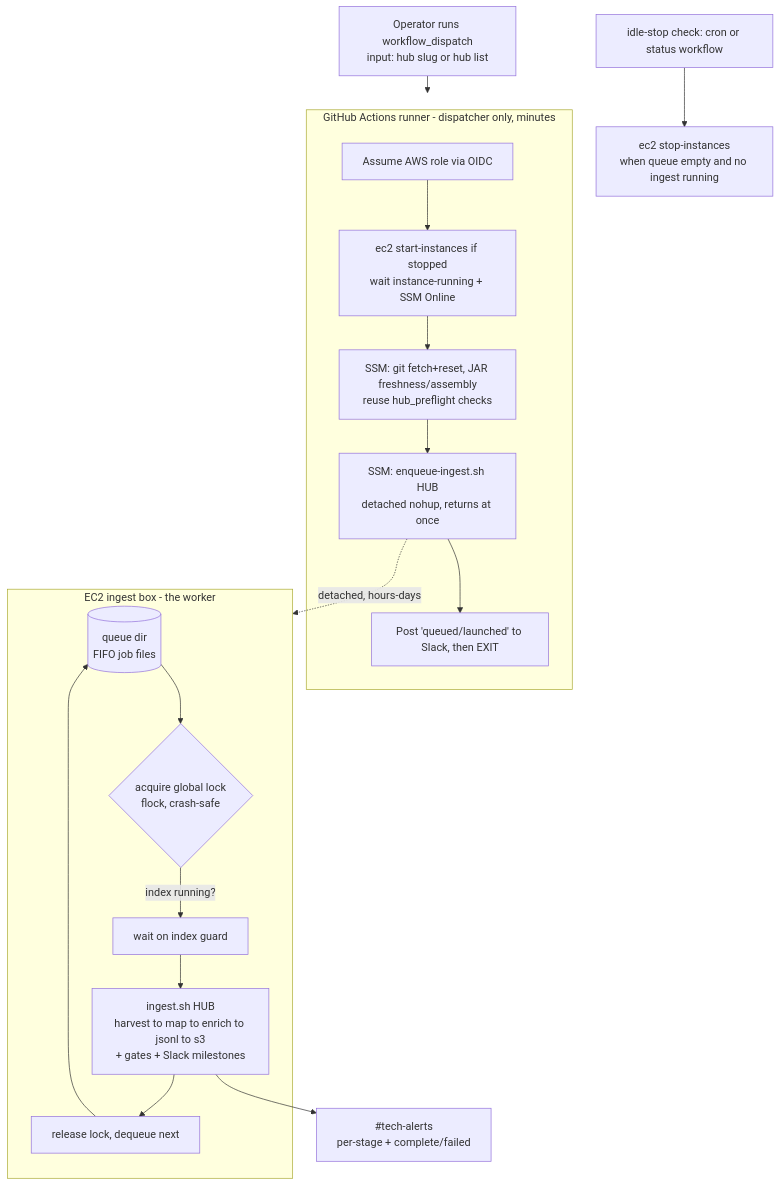
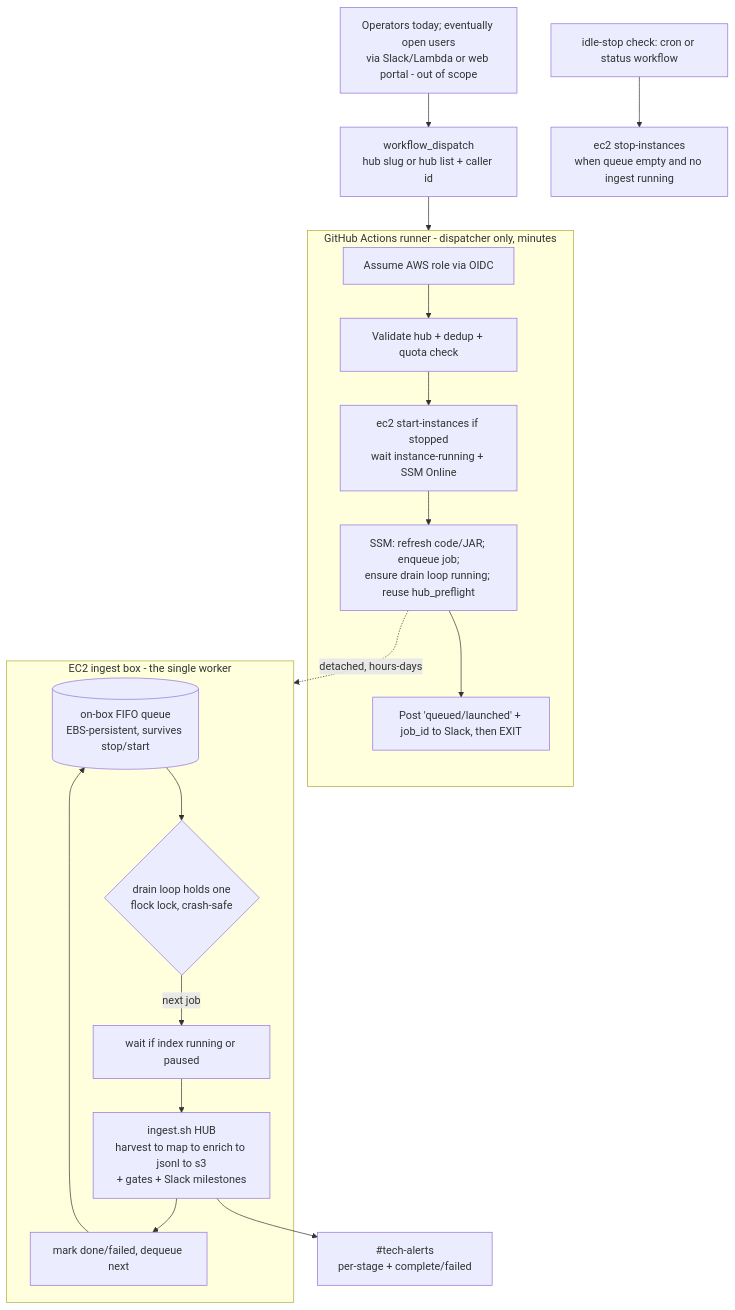
One commit to dpla/ingestion3 changed the diagram in docs/ingestion/PARTNER_INGEST_GHA_DESIGN.md. Above: the diagram before and after it, drawn with Mermaid. The commit also changed other lines of this file, not shown here.

First line of the commit message:
Reframe GHA ingest design for open multi-user triggers, on-box queue

````diff
--- a/docs/ingestion/PARTNER_INGEST_GHA_DESIGN.md
+++ b/docs/ingestion/PARTNER_INGEST_GHA_DESIGN.md
@@ -141,24 +154,25 @@
 ```mermaid
 flowchart TD
-    OP[Operator runs workflow_dispatch<br/>input: hub slug or hub list] --> GHA
+    OP[Operators today; eventually open users<br/>via Slack/Lambda or web portal - out of scope] --> TR[workflow_dispatch<br/>hub slug or hub list + caller id]
+    TR --> GHA
 
     subgraph GHA[GitHub Actions runner - dispatcher only, minutes]
-      A1[Assume AWS role via OIDC] --> A2[ec2 start-instances if stopped<br/>wait instance-running + SSM Online]
-      A2 --> A3[SSM: git fetch+reset, JAR freshness/assembly<br/>reuse hub_preflight checks]
-      A3 --> A4[SSM: enqueue-ingest.sh HUB<br/>detached nohup, returns at once]
-      A4 --> A5[Post 'queued/launched' to Slack, then EXIT]
+      A1[Assume AWS role via OIDC] --> A2[Validate hub + dedup + quota check]
+      A2 --> A3[ec2 start-instances if stopped<br/>wait instance-running + SSM Online]
+      A3 --> A4[SSM: refresh code/JAR; enqueue job;<br/>ensure drain loop running; reuse hub_preflight]
+      A4 --> A5[Post 'queued/launched' + job_id to Slack, then EXIT]
     end
 
     A4 -.detached, hours-days.-> BOX
 
-    subgraph BOX[EC2 ingest box - the worker]
-      Q[(queue dir<br/>FIFO job files)] --> DR{acquire global lock<br/>flock, crash-safe}
-      DR -->|index running?| IG[wait on index guard]
-      IG --> RUN[ingest.sh HUB<br/>harvest to map to enrich to jsonl to s3<br/>+ gates + Slack milestones]
-      RUN --> REL[release lock, dequeue next]
-      REL --> Q
+    subgraph BOX[EC2 ingest box - the single worker]
+      Q[(on-box FIFO queue<br/>EBS-persistent, survives stop/start)] --> DR{drain loop holds one<br/>flock lock, crash-safe}
+      DR -->|next job| GATE[wait if index running or paused]
+      GATE --> RUN[ingest.sh HUB<br/>harvest to map to enrich to jsonl to s3<br/>+ gates + Slack milestones]
+      RUN --> MARK[mark done/failed, dequeue next]
+      MARK --> Q
     end
 
     RUN --> SLACK[#tech-alerts<br/>per-stage + complete/failed]
     IDLE[idle-stop check: cron or status workflow] --> STOP[ec2 stop-instances<br/>when queue empty and no ingest running]
 ```
````
